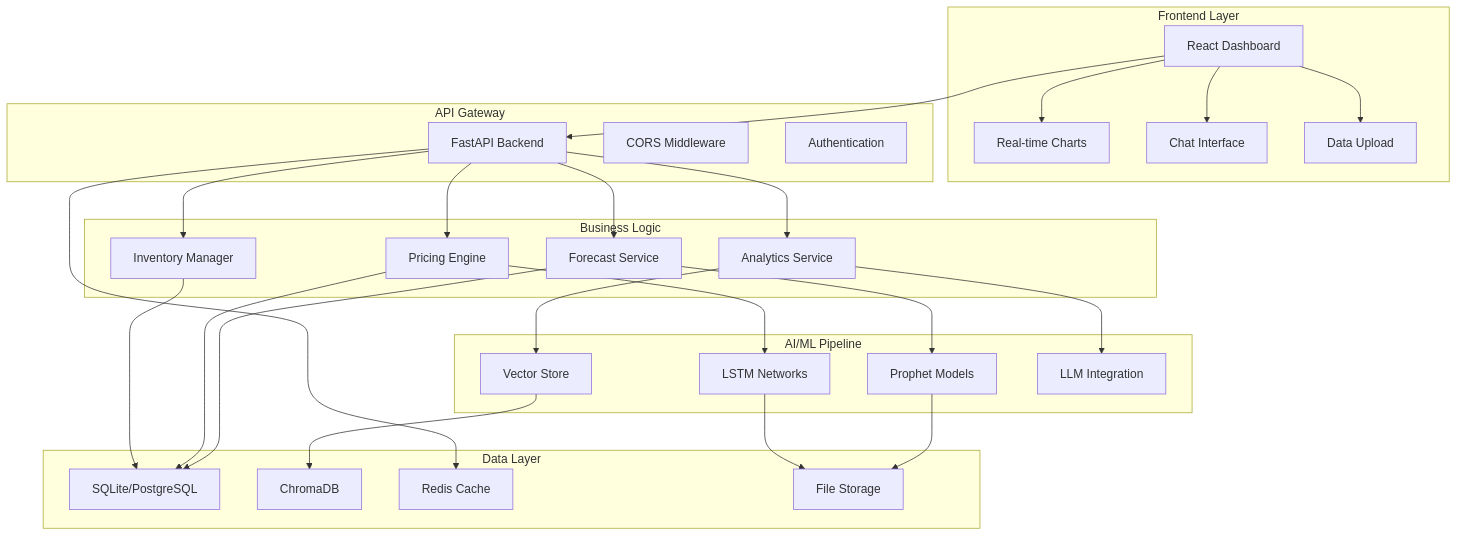
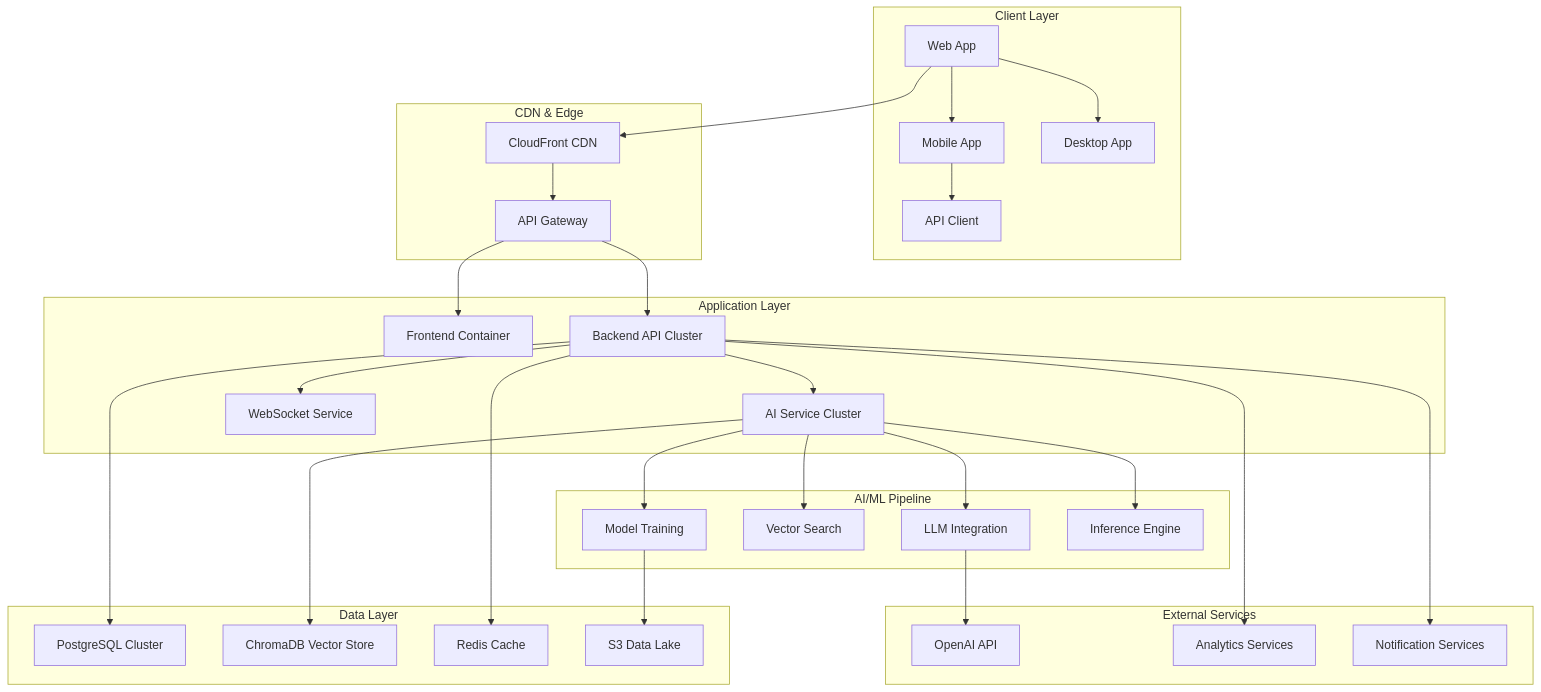
One commit to genius-0963/SelfSmart-Ai changed the first of 5 diagrams in README.md. Above: the diagram before and after it, drawn with Mermaid. The commit also changed other lines of this file, not shown here.

First line of the commit message:
feat: Add comprehensive production-grade README with architecture diagrams

````diff
--- a/README.md
+++ b/README.md
@@ -31,52 +44,58 @@
 ```mermaid
 graph TB
-    subgraph "Frontend Layer"
-        A[React Dashboard] --> B[Real-time Charts]
-        A --> C[Chat Interface]
-        A --> D[Data Upload]
+    subgraph "Client Layer"
+        A[Web App] --> B[Mobile App]
+        A --> C[Desktop App]
+        B --> D[API Client]
     end
     
-    subgraph "API Gateway"
-        E[FastAPI Backend]
-        F[CORS Middleware]
-        G[Authentication]
+    subgraph "CDN & Edge"
+        E[CloudFront CDN]
+        F[API Gateway]
     end
     
-    subgraph "Business Logic"
-        H[Forecast Service]
-        I[Pricing Engine]
-        J[Inventory Manager]
-        K[Analytics Service]
+    subgraph "Application Layer"
+        G[Frontend Container]
+        H[Backend API Cluster]
+        I[AI Service Cluster]
+        J[WebSocket Service]
     end
     
     subgraph "AI/ML Pipeline"
-        L[Prophet Models]
-        M[LSTM Networks]
-        N[Vector Store]
-        O[LLM Integration]
+        K[LLM Integration]
+        L[Vector Search]
+        M[Model Training]
+        N[Inference Engine]
     end
     
     subgraph "Data Layer"
-        P[SQLite/PostgreSQL]
-        Q[ChromaDB]
-        R[Redis Cache]
-        S[File Storage]
+        O[PostgreSQL Cluster]
+        P[ChromaDB Vector Store]
+        Q[Redis Cache]
+        R[S3 Data Lake]
+    end
+    
+    subgraph "External Services"
+        S[OpenAI API]
+        T[Analytics Services]
+        U[Notification Services]
     end
     
     A --> E
-    E --> H
-    E --> I
-    E --> J
-    E --> K
-    H --> L
+    E --> F
+    F --> G
+    F --> H
+    H --> I
+    H --> J
+    I --> K
+    I --> L
     I --> M
-    K --> N
-    K --> O
-    H --> P
+    I --> N
+    H --> O
     I --> P
-    J --> P
-    N --> Q
-    E --> R
-    L --> S
-    M --> S
+    H --> Q
+    M --> R
+    K --> S
+    H --> T
+    H --> U
 ```
````
